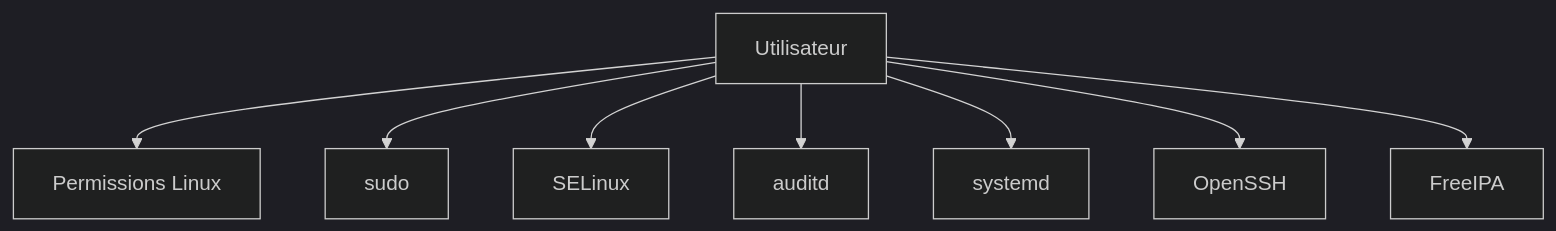
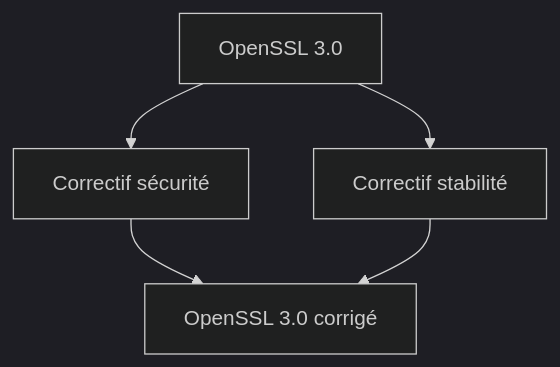
One commit to tdelaclos/formations changed diagram 16 of 20 in campagne 1/1.5.md. Above: the diagram before and after it, drawn with Mermaid (dark theme). The commit also changed other lines of this file, not shown here.

````diff
--- a/campagne 1/1.5.md
+++ b/campagne 1/1.5.md
@@ -1042,19 +1001,16 @@
 ```mermaid
 flowchart TD
 
-A["Utilisateur"]
+A["OpenSSL 3.0"]
 
-A --> B["Permissions Linux"]
+B["Correctif sécurité"]
 
-A --> C["sudo"]
+C["Correctif stabilité"]
 
-A --> D["SELinux"]
+D["OpenSSL 3.0 corrigé"]
 
-A --> E["auditd"]
-
-A --> F["systemd"]
-
-A --> G["OpenSSH"]
-
-A --> H["FreeIPA"]
+A --> B
+A --> C
+B --> D
+C --> D
 ```
````
